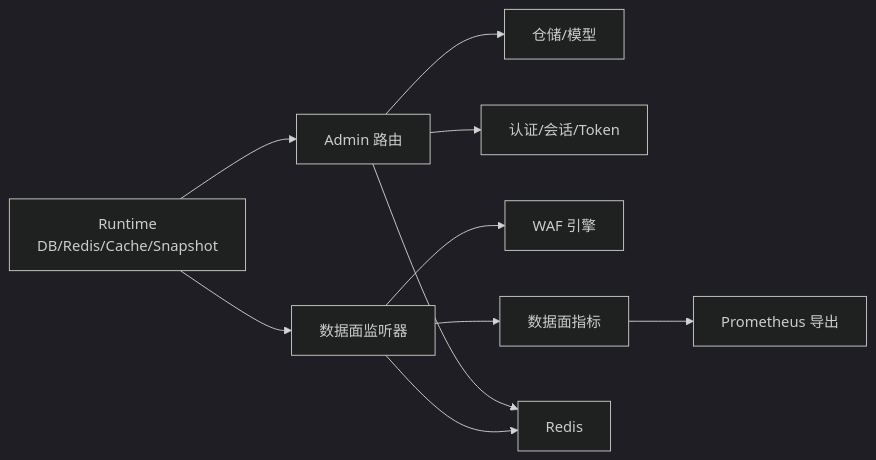
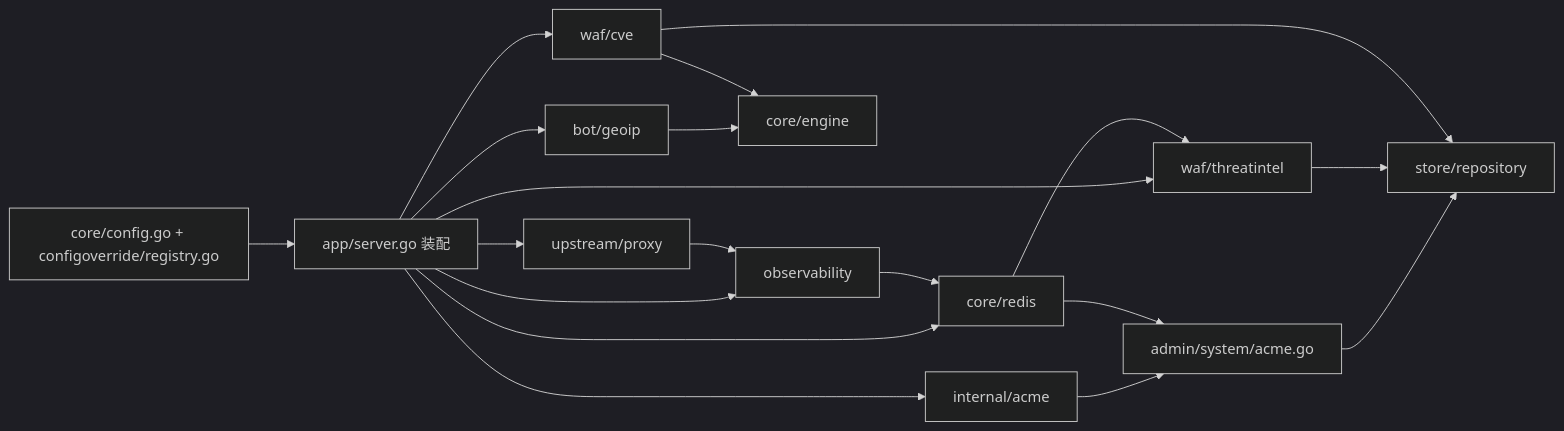
The eighth of 9 diagrams in docs/扩展与插件系统/第三方集成/第三方集成.md (x01n/My-OpenWaf), drawn with Mermaid (dark theme) before and after one commit. The commit also changed other lines of this file and 622 other files, not shown here.

````diff
--- a/docs/扩展与插件系统/第三方集成/第三方集成.md
+++ b/docs/扩展与插件系统/第三方集成/第三方集成.md
@@ -312,12 +497,21 @@
 ```mermaid
 graph LR
-RT["Runtime<br/>DB/Redis/Cache/Snapshot"] --> Admin["Admin 路由"]
-RT --> DP["数据面监听器"]
-Admin --> Repo["仓储/模型"]
-Admin --> Auth["认证/会话/Token"]
-DP --> Engine["WAF 引擎"]
-DP --> Metrics["数据面指标"]
-Admin --> Redis
-DP --> Redis
-Metrics --> Prom["Prometheus 导出"]
+CFG["core/config.go + configoverride/registry.go"] --> APPR["app/server.go 装配"]
+APPR --> ACMEP["internal/acme"]
+APPR --> TIP["waf/threatintel"]
+APPR --> CVEP["waf/cve"]
+APPR --> GEO["bot/geoip"]
+APPR --> UP["upstream/proxy"]
+APPR --> OBS["observability"]
+APPR --> RED["core/redis"]
+ACMEP --> ADMINP["admin/system/acme.go"]
+ADMINP --> STOREP["store/repository"]
+TIP --> STOREP
+CVEP --> STOREP
+RED --> TIP
+RED --> ADMINP
+OBS --> RED
+UP --> OBS
+GEO --> ENG["core/engine"]
+CVEP --> ENG
 ```
````
